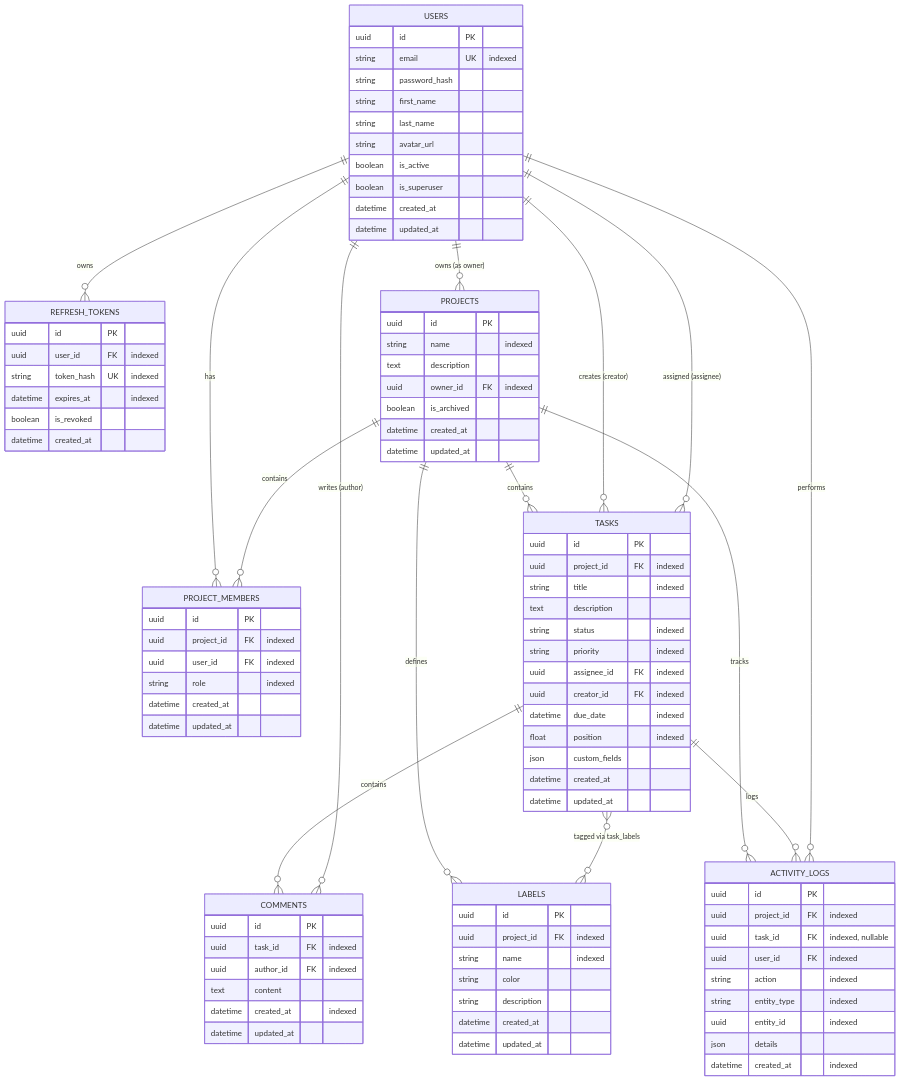
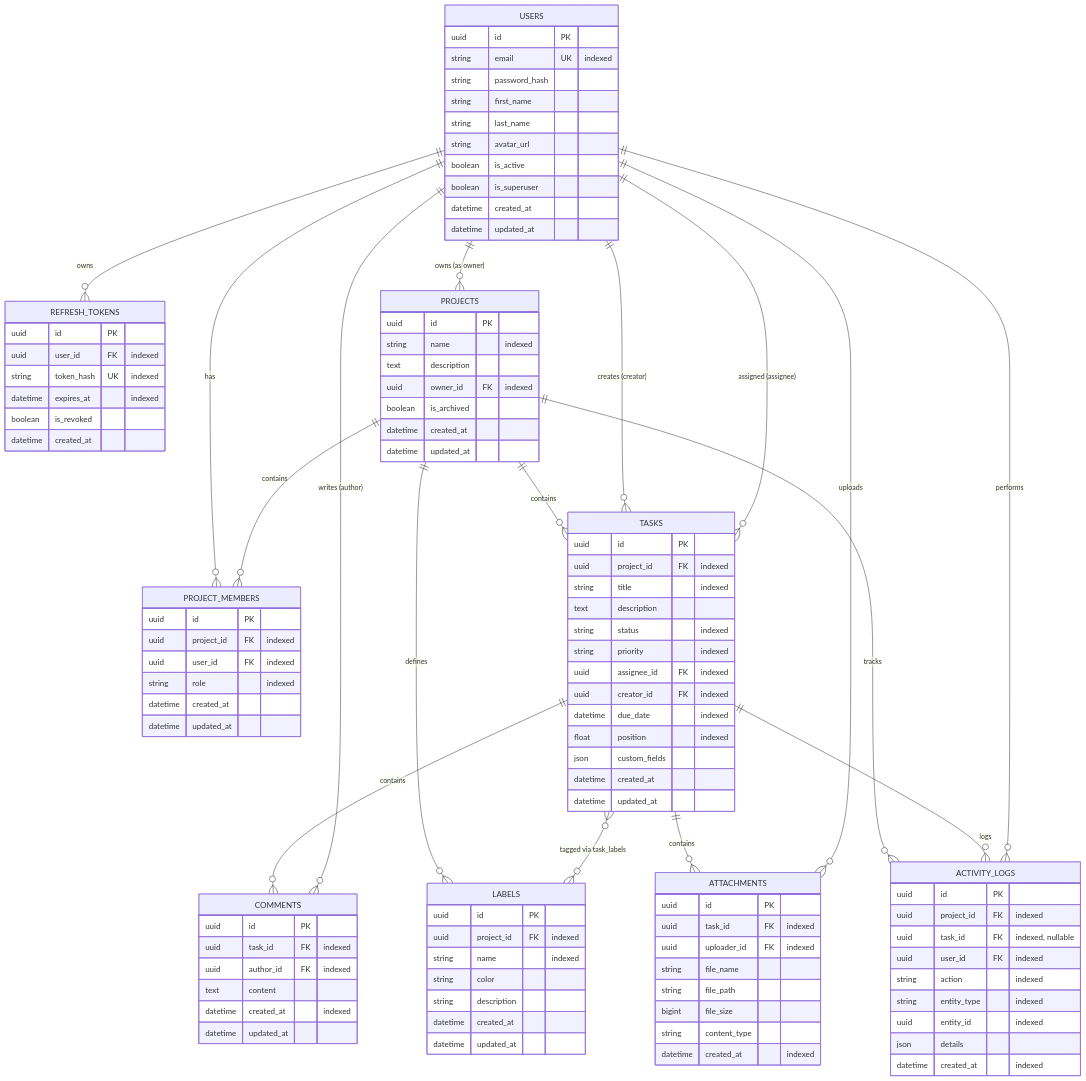
One commit to AliSheydai/project-management-platform changed the diagram in ARCHITECTURE.md. Above: the diagram before and after it, drawn with Mermaid. The commit also changed other lines of this file and 15 other files, not shown here.

Commit message:
feat(attachments): implement file upload, storage, download, and size/type validation

```diff
--- a/ARCHITECTURE.md
+++ b/ARCHITECTURE.md
@@ -35,6 +35,8 @@
     TASKS ||--o{ COMMENTS : "contains"
     USERS ||--o{ COMMENTS : "writes (author)"
     TASKS }o--o{ LABELS : "tagged via task_labels"
+    TASKS ||--o{ ATTACHMENTS : "contains"
+    USERS ||--o{ ATTACHMENTS : "uploads"
     PROJECTS ||--o{ ACTIVITY_LOGS : "tracks"
     TASKS ||--o{ ACTIVITY_LOGS : "logs"
     USERS ||--o{ ACTIVITY_LOGS : "performs"
@@ -106,6 +108,17 @@
         datetime updated_at
     }
 
+    ATTACHMENTS {
+        uuid id PK
+        uuid task_id FK "indexed"
+        uuid uploader_id FK "indexed"
+        string file_name
+        string file_path
+        bigint file_size
+        string content_type
+        datetime created_at "indexed"
+    }
+
     COMMENTS {
         uuid id PK
         uuid task_id FK "indexed"
```
